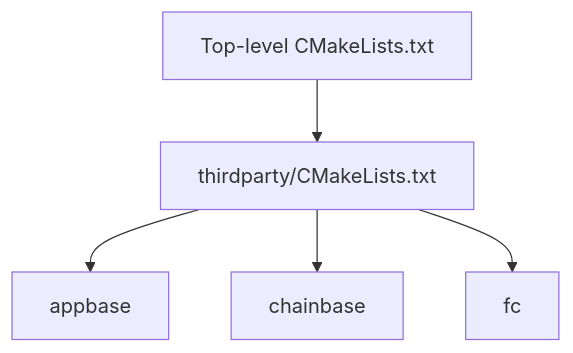
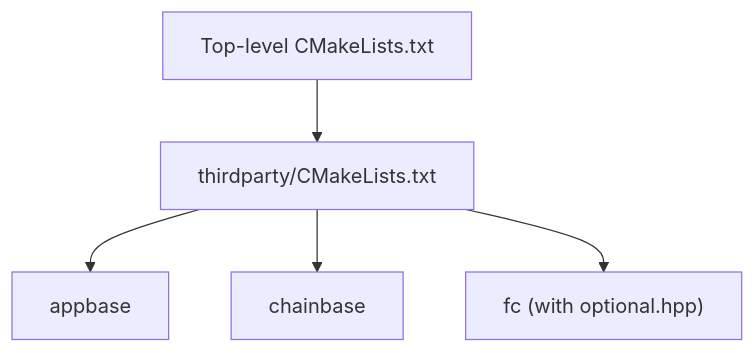
One commit to VIZ-Blockchain/viz-cpp-node changed the sixth of 7 diagrams in .qoder/repowiki/en/content/Development Tools/Build System/CMake Configuration/Dependency Management.md. Above: the diagram before and after it, drawn with Mermaid. The commit also changed other lines of this file and 7 other files, not shown here.

````diff
--- a/.qoder/repowiki/en/content/Development Tools/Build System/CMake Configuration/Dependency Management.md
+++ b/.qoder/repowiki/en/content/Development Tools/Build System/CMake Configuration/Dependency Management.md
@@ -219,12 +275,12 @@
 ```mermaid
 graph TB
 Root["Top-level CMakeLists.txt"]
 TP["thirdparty/CMakeLists.txt"]
 AppBase["appbase"]
 ChainBase["chainbase"]
-FC["fc"]
+FC["fc (with optional.hpp)"]
 Root --> TP
 TP --> AppBase
 TP --> ChainBase
 TP --> FC
 ```
````
